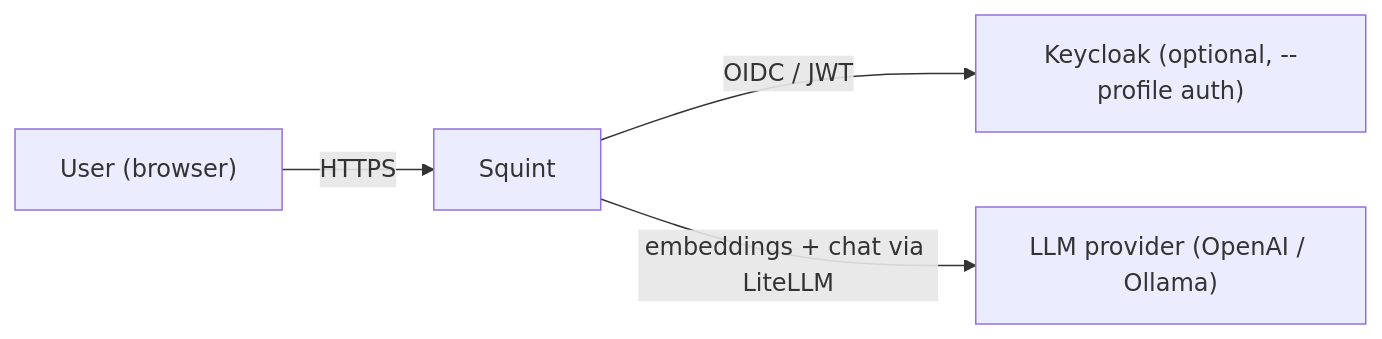
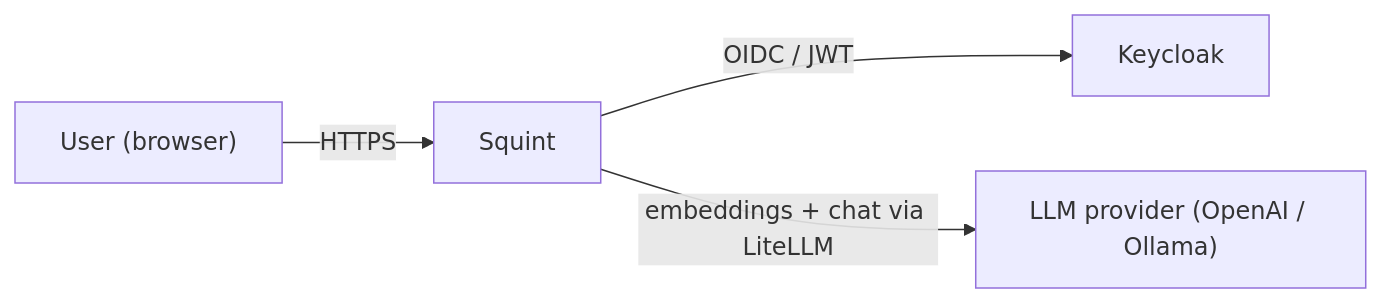
One commit to krlybnd/squint-genai changed the first of 5 diagrams in docs/architecture.md. Above: the diagram before and after it, drawn with Mermaid. The commit also changed other lines of this file and 69 other files, not shown here.

````diff
--- a/docs/architecture.md
+++ b/docs/architecture.md
@@ -11,11 +11,11 @@
 ```mermaid
 flowchart LR
     user["User (browser)"]
     system["Squint"]
-    keycloak["Keycloak (optional, --profile auth)"]
+    keycloak["Keycloak"]
     llm["LLM provider (OpenAI / Ollama)"]
 
     user -->|"HTTPS"| system
     system -->|"OIDC / JWT"| keycloak
     system -->|"embeddings + chat via LiteLLM"| llm
 ```
````
